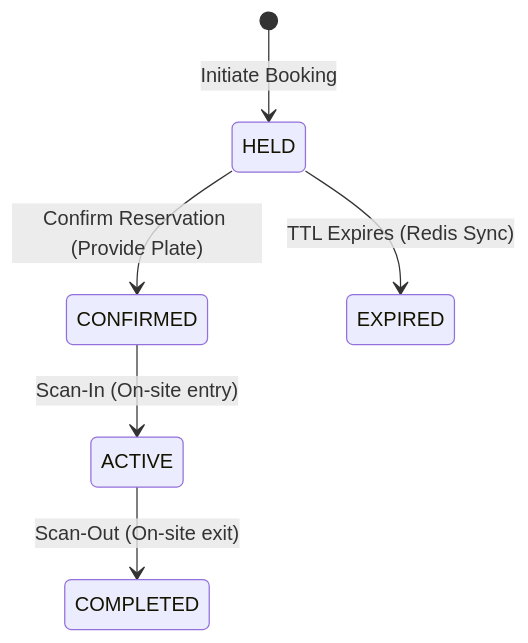
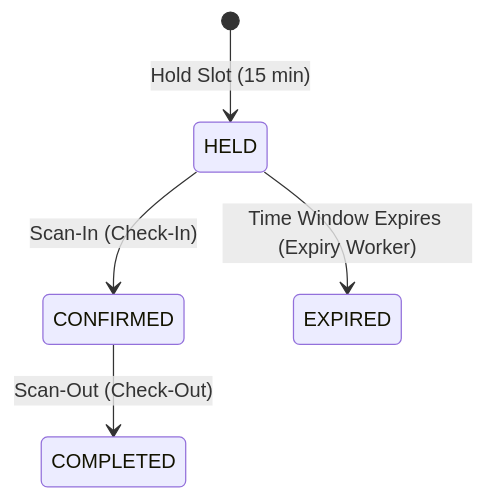
The diagram in ARCHITECTURE.md (zzbit-m/smart-park-and-ride), drawn with Mermaid before and after one commit. The commit also changed other lines of this file and 18 other files, not shown here.

````diff
--- a/ARCHITECTURE.md
+++ b/ARCHITECTURE.md
@@ -24,8 +24,7 @@
 ```mermaid
 stateDiagram-v2
-    [*] --> HELD : Initiate Booking
-    HELD --> CONFIRMED : Confirm Reservation (Provide Plate)
-    HELD --> EXPIRED : TTL Expires (Redis Sync)
-    CONFIRMED --> ACTIVE : Scan-In (On-site entry)
-    ACTIVE --> COMPLETED : Scan-Out (On-site exit)
+    [*] --> HELD : Hold Slot (15 min)
+    HELD --> CONFIRMED : Scan-In (Check-In)
+    HELD --> EXPIRED : Time Window Expires (Expiry Worker)
+    CONFIRMED --> COMPLETED : Scan-Out (Check-Out)
 ```
````
